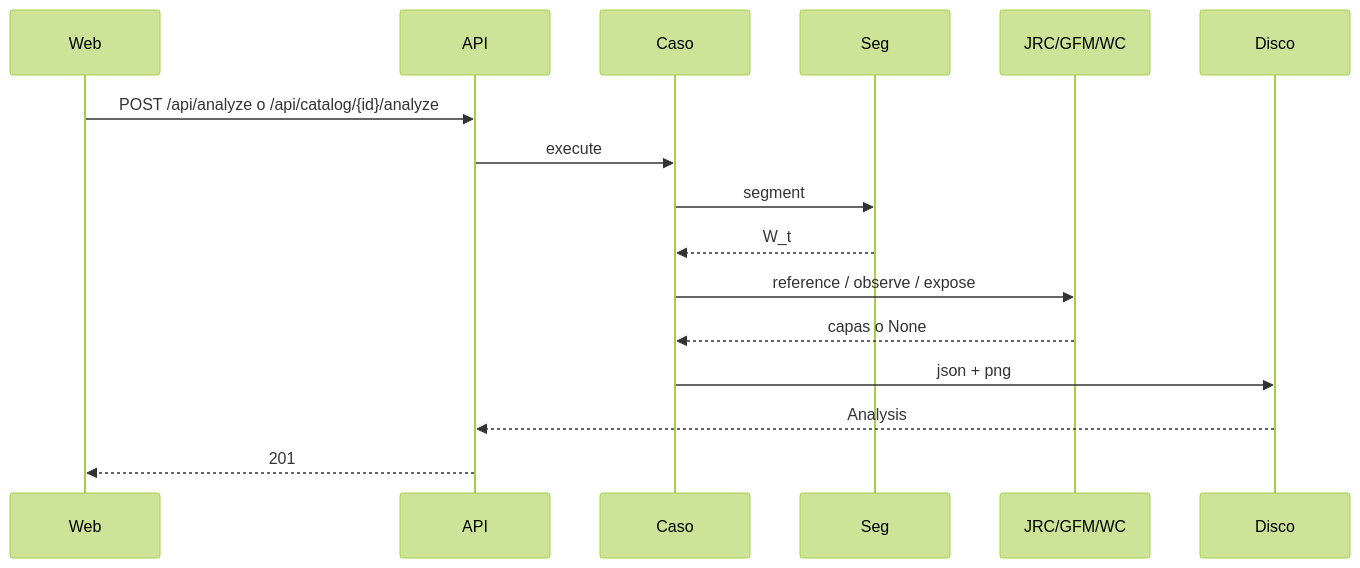
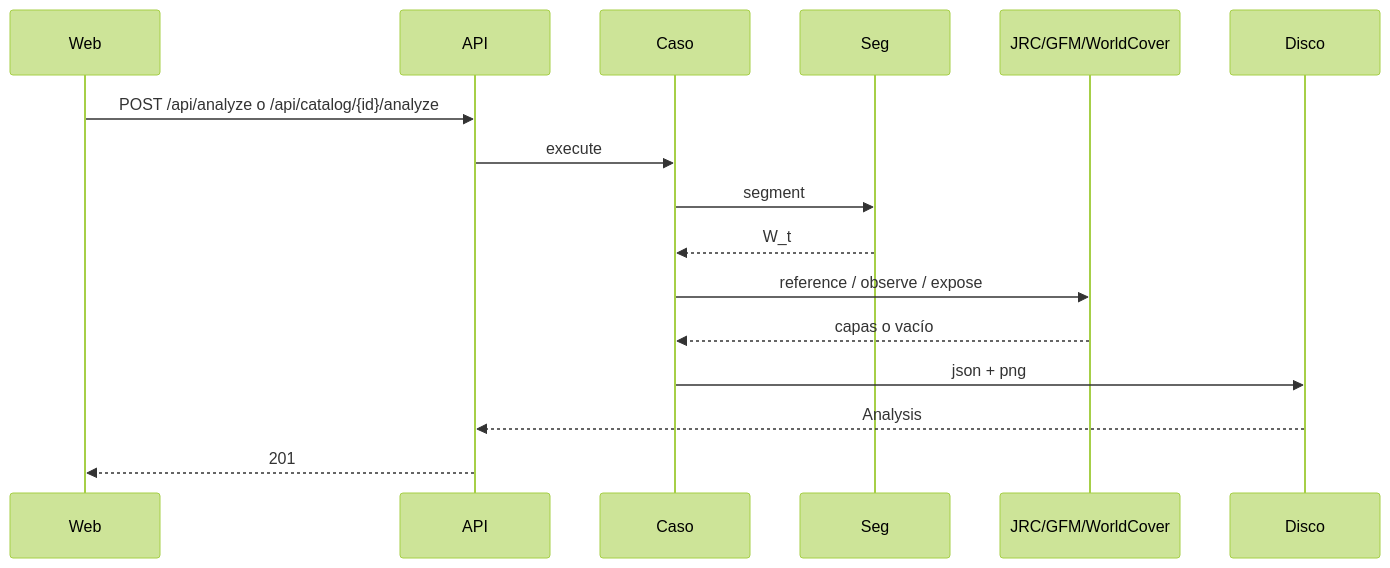
Before and after one commit to Charlsz/Tune: the second of 4 diagrams in docs/SegundoInforme.md, drawn with Mermaid (forest theme). The commit also changed other lines of this file, not shown here.

````diff
--- a/docs/SegundoInforme.md
+++ b/docs/SegundoInforme.md
@@ -276,18 +288,18 @@
 ```mermaid
 sequenceDiagram
   participant Web
   participant API
   participant Caso
   participant Seg
-  participant Ext as JRC/GFM/WC
+  participant Ext as JRC/GFM/WorldCover
   participant Disco
   Web->>API: POST /api/analyze o /api/catalog/{id}/analyze
   API->>Caso: execute
   Caso->>Seg: segment
   Seg-->>Caso: W_t
   Caso->>Ext: reference / observe / expose
-  Ext-->>Caso: capas o None
+  Ext-->>Caso: capas o vacío
   Caso->>Disco: json + png
   Disco-->>API: Analysis
   API-->>Web: 201
 ```
````
